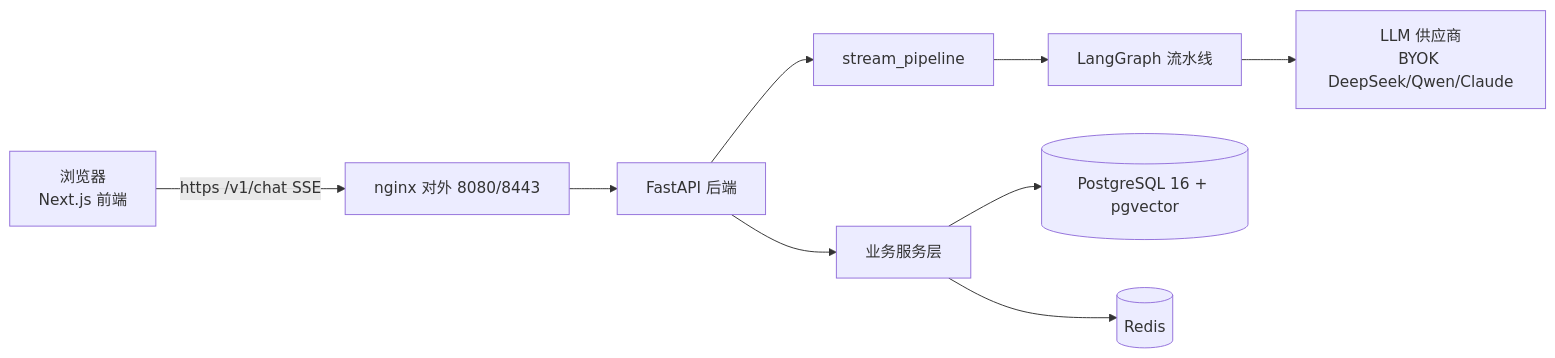
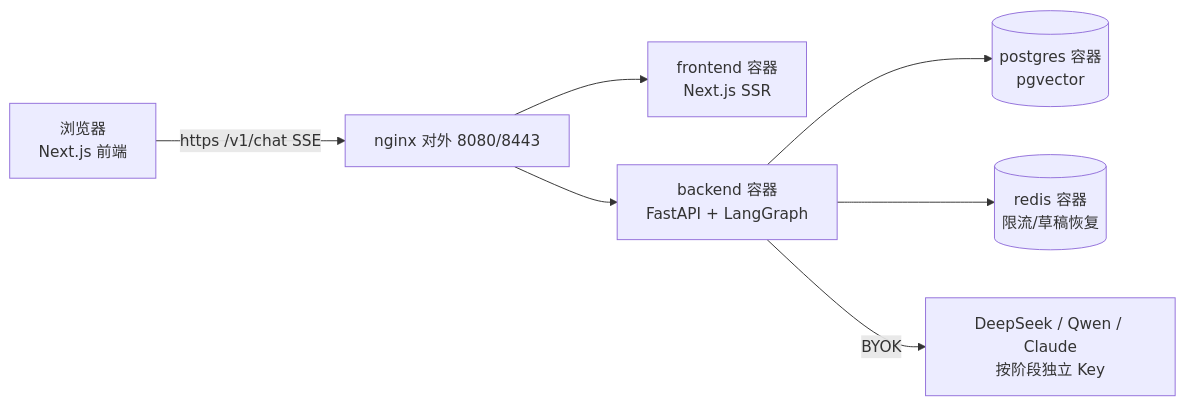
One commit to ZX466/novel-agent changed the diagram in README.md. Above: the diagram before and after it, drawn with Mermaid. The commit also changed other lines of this file and 14 other files, not shown here.

````diff
--- a/README.md
+++ b/README.md
@@ -85,11 +50,9 @@
 ```mermaid
 flowchart LR
     U[浏览器<br/>Next.js 前端] -->|https /v1/chat SSE| NG[nginx 对外 8080/8443]
-    NG --> BA[FastAPI 后端]
-    BA --> PS[stream_pipeline]
-    PS --> PL[LangGraph 流水线]
-    PL --> LLM[LLM 供应商<br/>BYOK DeepSeek/Qwen/Claude]
-    BA --> SRV[业务服务层]
-    SRV --> DB[(PostgreSQL 16 + pgvector)]
-    SRV --> RD[(Redis)]
+    NG --> FE[frontend 容器<br/>Next.js SSR]
+    NG --> BE[backend 容器<br/>FastAPI + LangGraph]
+    BE --> PG[(postgres 容器<br/>pgvector)]
+    BE --> RD[(redis 容器<br/>限流/草稿恢复)]
+    BE -->|BYOK| LLM[DeepSeek / Qwen / Claude<br/>按阶段独立 Key]
 ```
````
